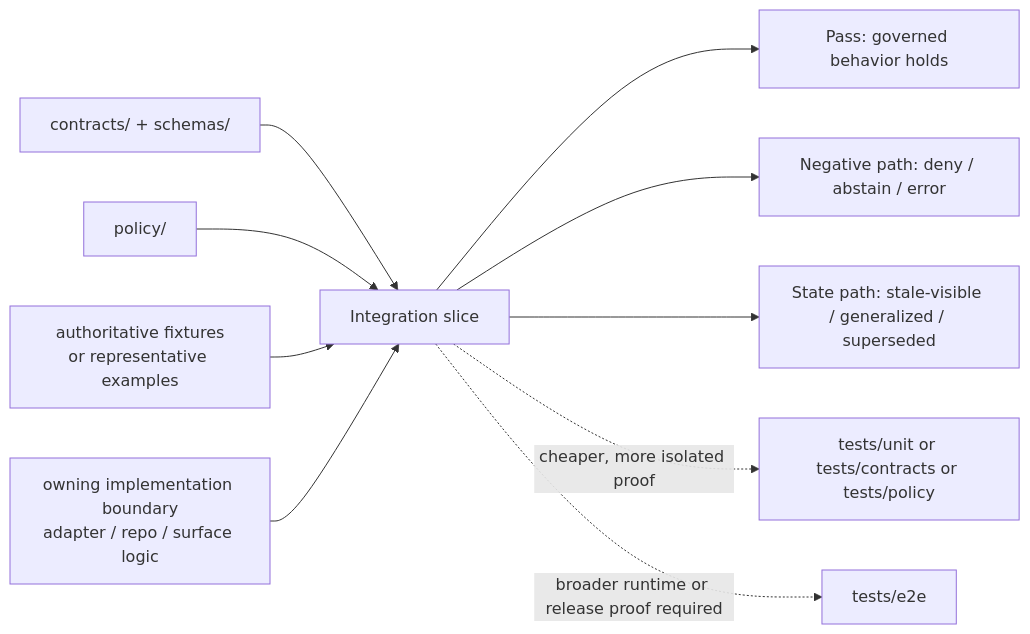
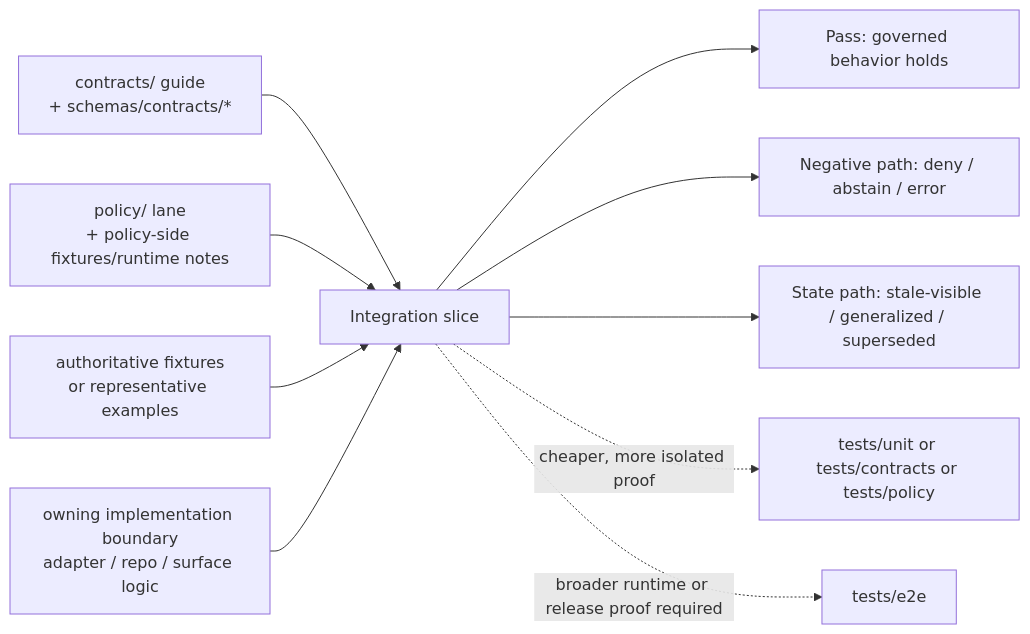
One commit to bartytime4life/Kansas-Frontier-Matrix changed the diagram in tests/integration/README.md. Above: the diagram before and after it, drawn with Mermaid. The commit also changed other lines of this file, not shown here.

First line of the commit message:
Revise README.md for integration tests

````diff
--- a/tests/integration/README.md
+++ b/tests/integration/README.md
@@ -235,14 +267,14 @@
 ```mermaid
 flowchart LR
-    A[contracts/ + schemas/] --> I[Integration slice]
-    B[policy/] --> I
+    A[contracts/ guide<br/>+ schemas/contracts/*] --> I[Integration slice]
+    B[policy/ lane<br/>+ policy-side fixtures/runtime notes] --> I
     C[authoritative fixtures<br/>or representative examples] --> I
     D[owning implementation boundary<br/>adapter / repo / surface logic] --> I
 
     I --> P[Pass: governed behavior holds]
     I --> N[Negative path: deny / abstain / error]
     I --> S[State path: stale-visible / generalized / superseded]
 
     I -. cheaper, more isolated proof .-> U[tests/unit or tests/contracts or tests/policy]
     I -. broader runtime or release proof required .-> E[tests/e2e]
 ```
````
